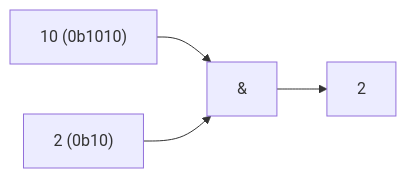
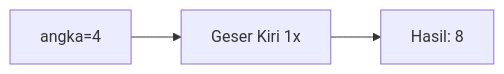
The fifth of 25 diagrams in part-c-pemahaman-cpp/06-bitwise/latihan/set-08.md (amnahwaida/OSNK_INF_PREP), drawn with Mermaid before and after one commit. The commit also changed other lines of this file and 71 other files, not shown here.

````diff
--- a/part-c-pemahaman-cpp/06-bitwise/latihan/set-08.md
+++ b/part-c-pemahaman-cpp/06-bitwise/latihan/set-08.md
@@ -125,6 +131,5 @@
 ```mermaid
 graph LR
-A["10 (0b1010)"] --> C["&"]
-B["2 (0b10)"] --> C
-C --> D["2"]
+A["angka=4"] --> B["Geser Kiri 1x"]
+B --> C["Hasil: 8"]
 ```
````
